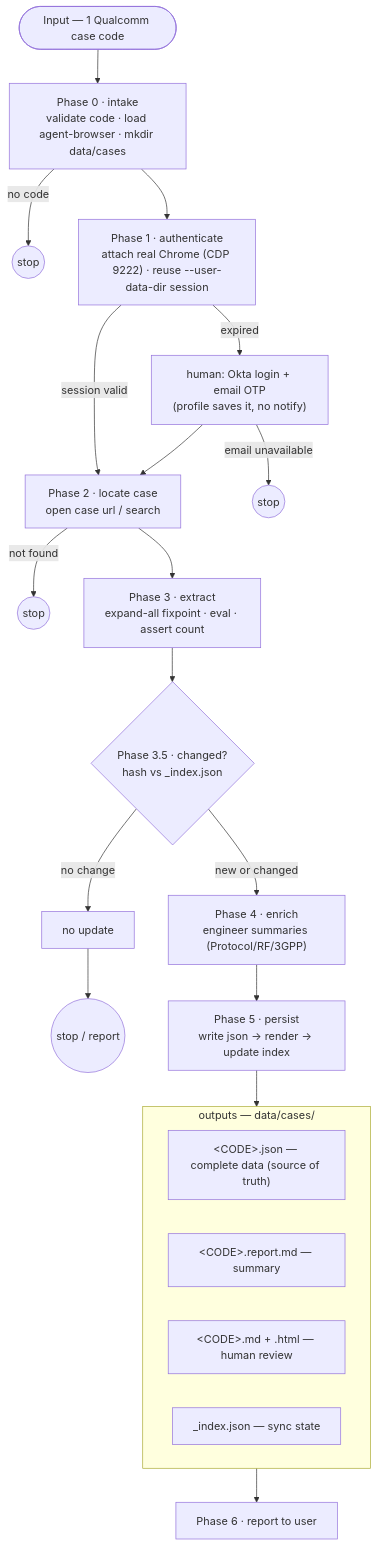
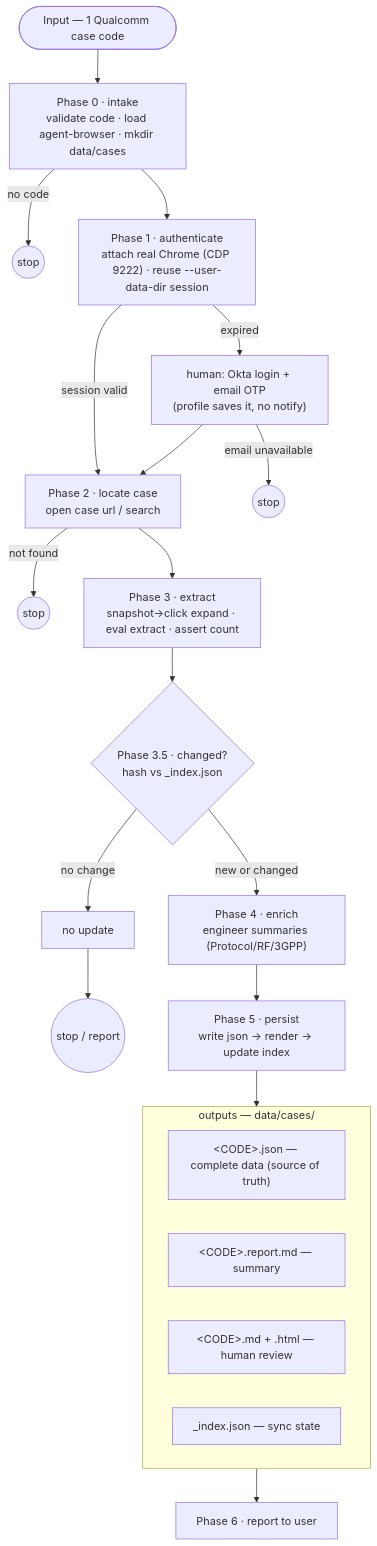
Before and after one commit to congtubkbn/qualcomm-case-agent: the diagram in .claude/skills/qualcomm-case-agent/references/workflow.md, drawn with Mermaid. The commit also changed other lines of this file and 6 other files, not shown here.

````diff
--- a/.claude/skills/qualcomm-case-agent/references/workflow.md
+++ b/.claude/skills/qualcomm-case-agent/references/workflow.md
@@ -9,24 +9,24 @@
 ```mermaid
 flowchart TD
   IN(["Input — 1 Qualcomm case code"]) --> P0["Phase 0 · intake<br/>validate code · load agent-browser · mkdir data/cases"]
   P0 -->|no code| S0((stop))
   P0 --> P1["Phase 1 · authenticate<br/>attach real Chrome (CDP 9222) · reuse --user-data-dir session"]
   P1 -->|session valid| P2
   P1 -->|expired| LG["human: Okta login + email OTP<br/>(profile saves it, no notify)"]
   LG -->|email unavailable| S1((stop))
   LG --> P2["Phase 2 · locate case<br/>open case url / search"]
   P2 -->|not found| S2((stop))
-  P2 --> P3["Phase 3 · extract<br/>expand-all fixpoint · eval · assert count"]
+  P2 --> P3["Phase 3 · extract<br/>snapshot→click expand · eval extract · assert count"]
   P3 --> CHK{"Phase 3.5 · changed?<br/>hash vs _index.json"}
   CHK -->|no change| NUP["no update"] --> S3((stop / report))
   CHK -->|new or changed| P4["Phase 4 · enrich<br/>engineer summaries (Protocol/RF/3GPP)"]
   P4 --> P5["Phase 5 · persist<br/>write json → render → update index"]
   P5 --> OUT
   subgraph OUT["outputs — data/cases/"]
     O1["&lt;CODE&gt;.json — complete data (source of truth)"]
     O2["&lt;CODE&gt;.report.md — summary"]
     O3["&lt;CODE&gt;.md + .html — human review"]
     O4["_index.json — sync state"]
   end
   OUT --> P6["Phase 6 · report to user"]
 ```
````
